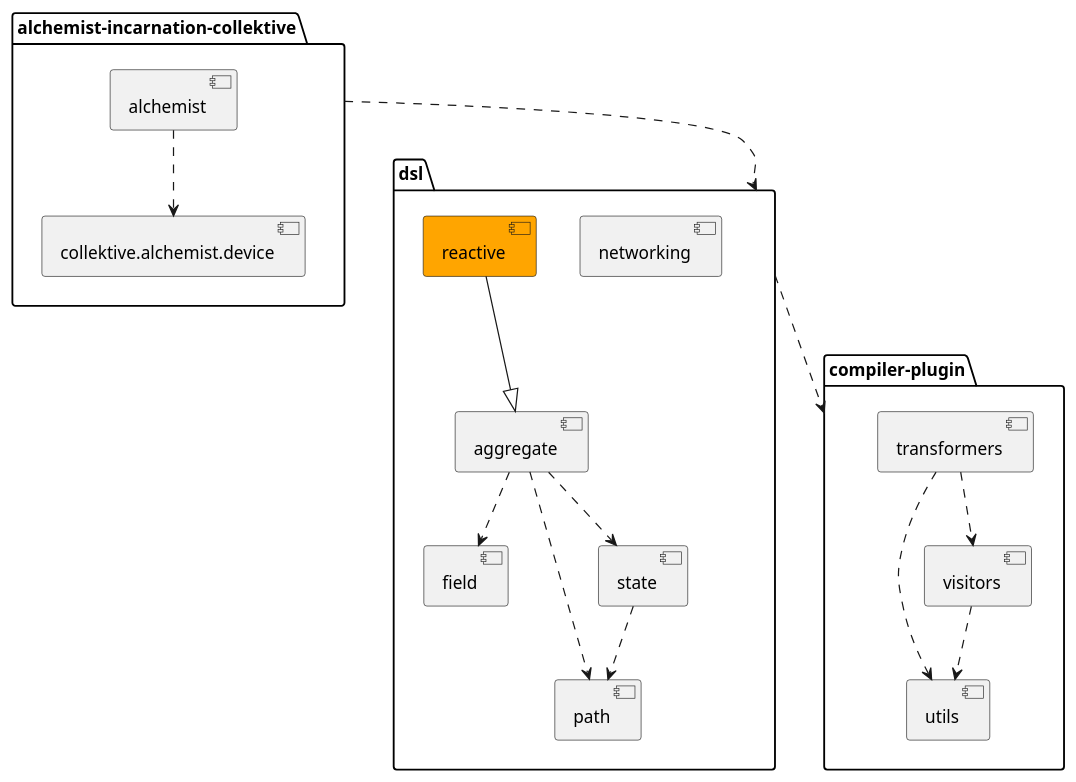
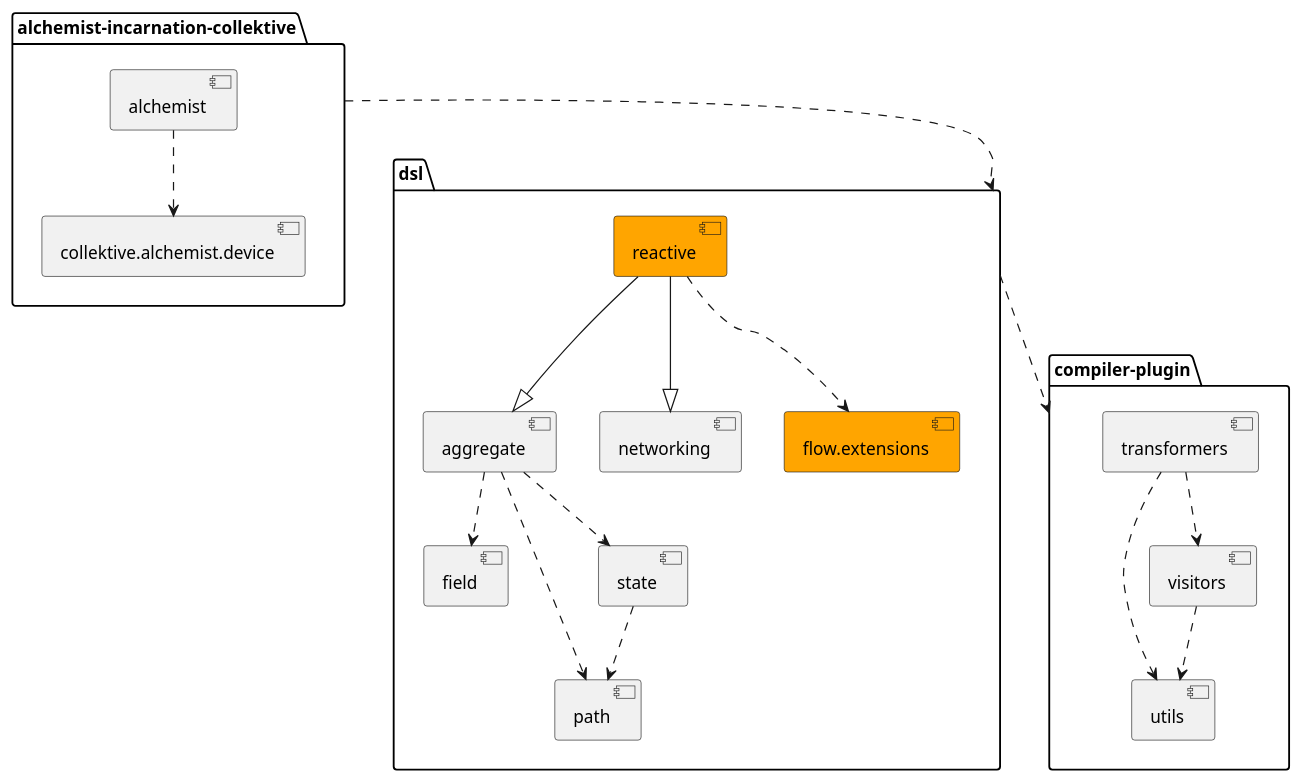
Before and after one commit to FilippoVissani/master-thesis: the diagram in diagrams/collektive-prm-architecture.puml, drawn with PlantUML. The commit also changed 3 other files, not shown here.

Commit message:
docs: add architecture

```diff
--- a/diagrams/collektive-prm-architecture.puml
+++ b/diagrams/collektive-prm-architecture.puml
@@ -1,38 +1,41 @@
 @startuml
 
 package dsl {
     [aggregate]
     [field]
     [networking]
     [path]
     [state]
     [reactive] #Orange
+    [flow.extensions] #Orange
 }
 
 package "compiler-plugin" as plugin {
     [transformers]
     [utils]
     [visitors]
 }
 
 package "alchemist-incarnation-collektive" as alchemistIncarnation {
     [alchemist]
     [collektive.alchemist.device]
 }
 
 dsl ..> plugin
 alchemistIncarnation ..> dsl
 
 [aggregate] ..> [field]
 [aggregate] ..> [path]
 [aggregate] ..> [state]
 [state] ..> [path]
 [reactive] --|> [aggregate]
+[reactive] --|> [networking]
+[reactive] ..> [flow.extensions]
 
 [transformers] ..> [utils]
 [transformers] ..> [visitors]
 [visitors] ..> [utils]
 
 [alchemist] ..> [collektive.alchemist.device]
 
 @enduml
```
